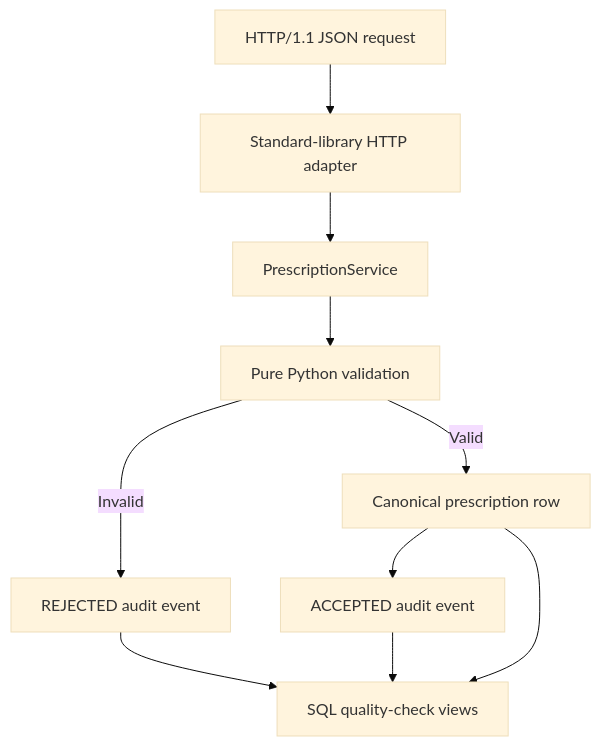
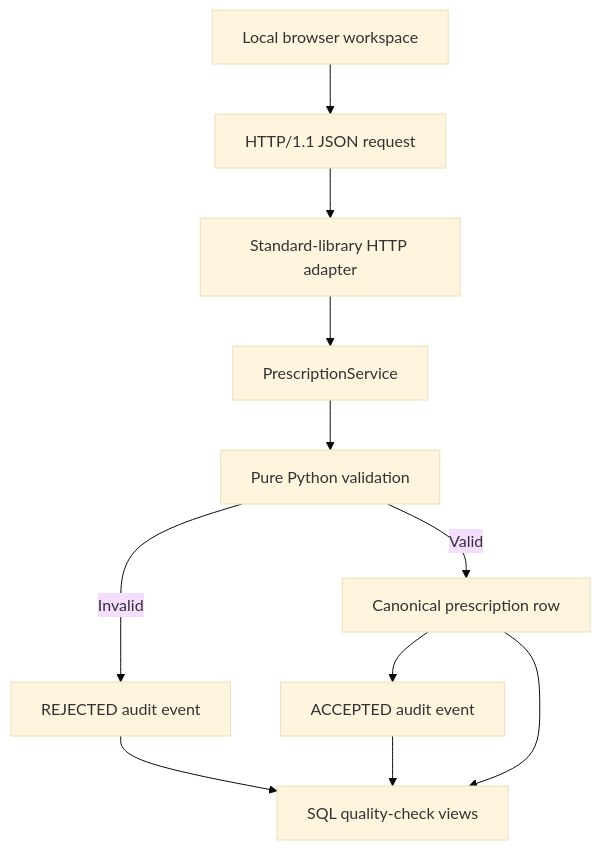
Before and after one commit to Jimezeros/rxcare-healthtech-qa-case-study: the diagram in ARCHITECTURE.md, drawn with Mermaid (base theme). The commit also changed other lines of this file and 15 other files, not shown here.

````diff
--- a/ARCHITECTURE.md
+++ b/ARCHITECTURE.md
@@ -11,12 +11,13 @@
 ```mermaid
 flowchart TD
-    R["HTTP/1.1 JSON request"] --> H["Standard-library HTTP adapter"]
+    U["Local browser workspace"] --> R["HTTP/1.1 JSON request"]
+    R --> H["Standard-library HTTP adapter"]
     H --> S["PrescriptionService"]
     S --> V["Pure Python validation"]
     V -->|"Invalid"| AR["REJECTED audit event"]
     V -->|"Valid"| P["Canonical prescription row"]
     P --> AA["ACCEPTED audit event"]
     P --> Q["SQL quality-check views"]
     AR --> Q
     AA --> Q
 ```
````
